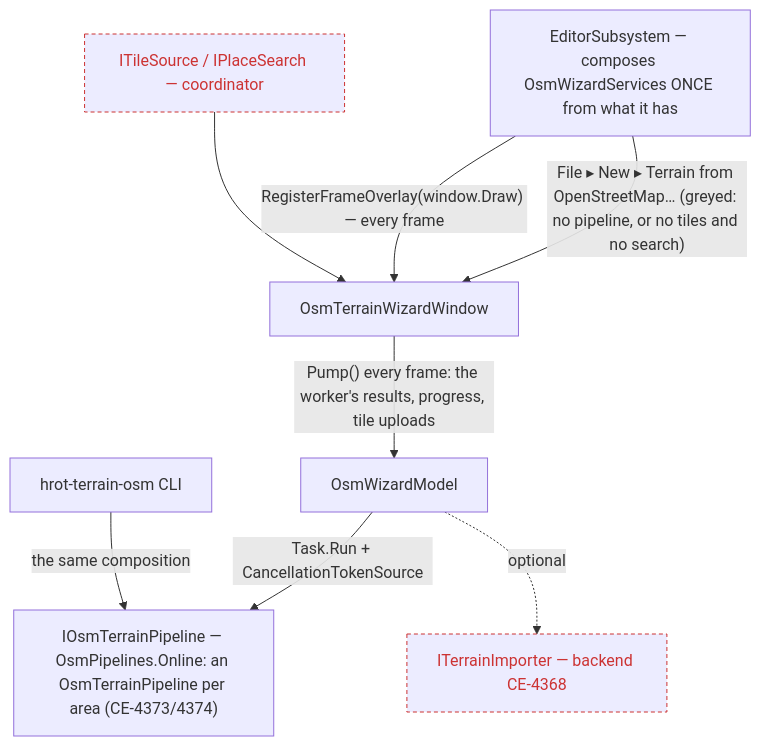
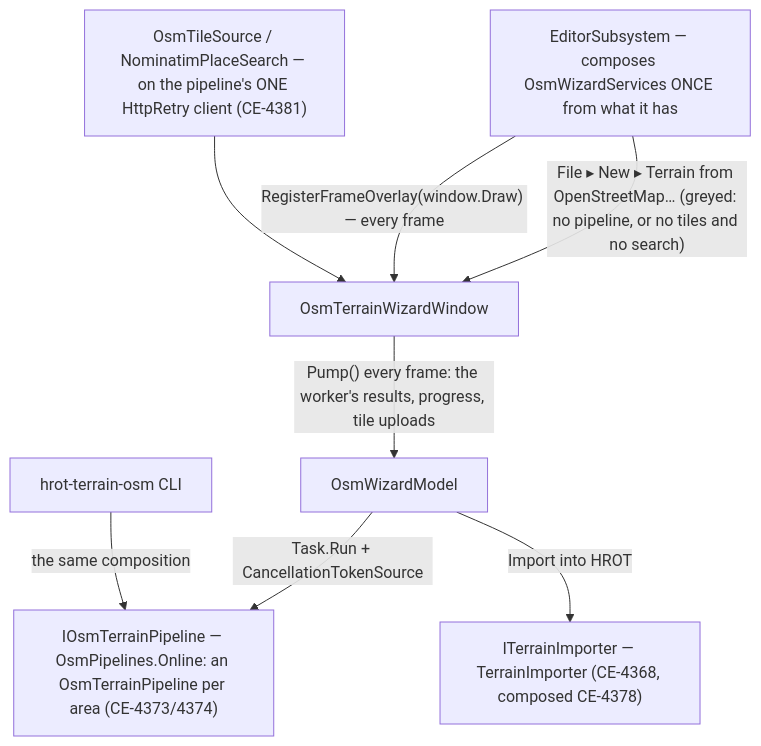
Before and after one commit to pjanec/HROT: the fifth of 8 diagrams in docs/DESIGN_Terrain_From_OSM.md, drawn with Mermaid. The commit also changed other lines of this file and 14 other files, not shown here.

First line of the commit message:
CE-4381 E-1: real OSM map tiles + Nominatim search; one texture LRU (CE-1468)

````diff
--- a/docs/DESIGN_Terrain_From_OSM.md
+++ b/docs/DESIGN_Terrain_From_OSM.md
@@ -350,12 +359,10 @@
 ```mermaid
 graph TD
   EDITOR["EditorSubsystem — composes OsmWizardServices ONCE from what it has"] -->|"File ▸ New ▸ Terrain from OpenStreetMap… (greyed: no pipeline, or no tiles and no search)"| WIN[OsmTerrainWizardWindow]
   EDITOR -->|"RegisterFrameOverlay(window.Draw) — every frame"| WIN
   WIN -->|"Pump() every frame: the worker's results, progress, tile uploads"| MODEL[OsmWizardModel]
   MODEL -->|"Task.Run + CancellationTokenSource"| PIPE["IOsmTerrainPipeline — OsmPipelines.Online: an OsmTerrainPipeline per area (CE-4373/4374)"]
   CLI["hrot-terrain-osm CLI"] -->|"the same composition"| PIPE
-  MODEL -.->|"optional"| IMP["ITerrainImporter — backend CE-4368"]
-  TILES["ITileSource / IPlaceSearch — coordinator"] --> WIN
-  classDef dead stroke:#c33,stroke-dasharray:4 3,color:#c33;
-  class IMP,TILES dead;
+  MODEL -->|"Import into HROT"| IMP["ITerrainImporter — TerrainImporter (CE-4368, composed CE-4378)"]
+  TILES["OsmTileSource / NominatimPlaceSearch — on the pipeline's ONE HttpRetry client (CE-4381)"] --> WIN
 ```
````
